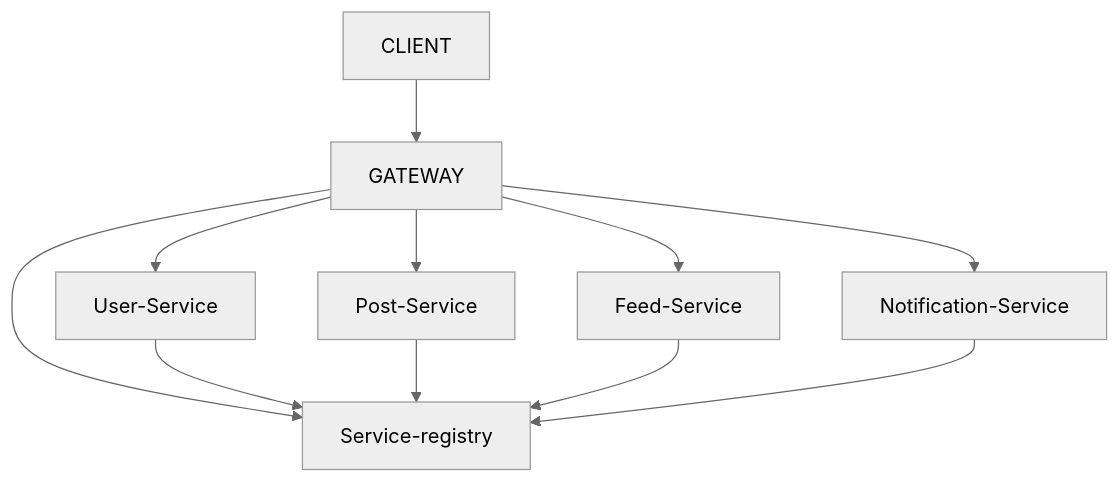
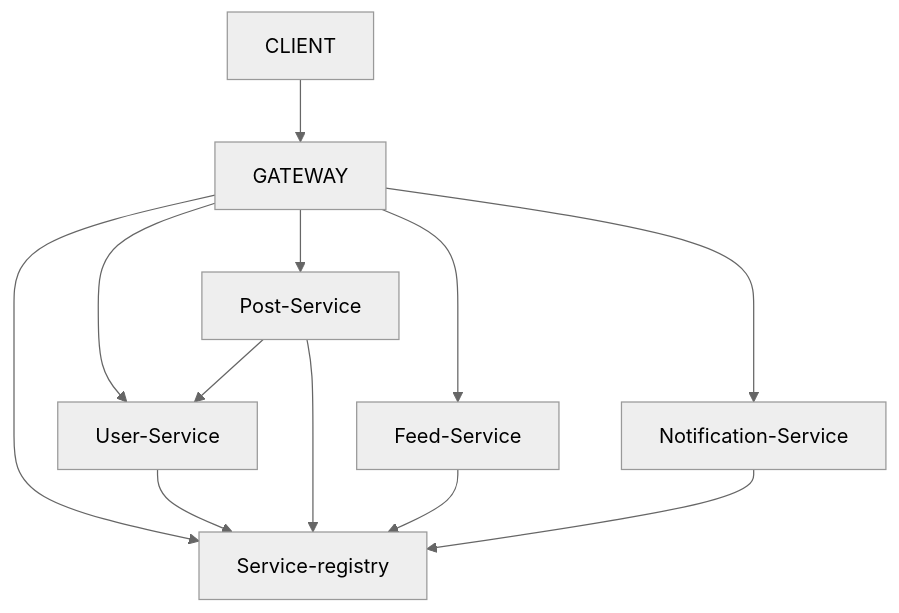
The diagram in README.md (evans-p/momento), drawn with Mermaid (neutral theme) before and after one commit. The commit also changed other lines of this file, not shown here.

````diff
--- a/README.md
+++ b/README.md
@@ -180,14 +181,15 @@
 ```mermaid
 graph TD;
     
 CLIENT --> GATEWAY
 GATEWAY --> User-Service;
 GATEWAY --> Post-Service;
 GATEWAY --> Feed-Service;
 GATEWAY --> Notification-Service;
 GATEWAY --> Service-registry;
 User-Service --> Service-registry;
 Post-Service --> Service-registry;
+Post-Service --> User-Service;
 Feed-Service --> Service-registry;
 Notification-Service --> Service-registry;
 ```
````
